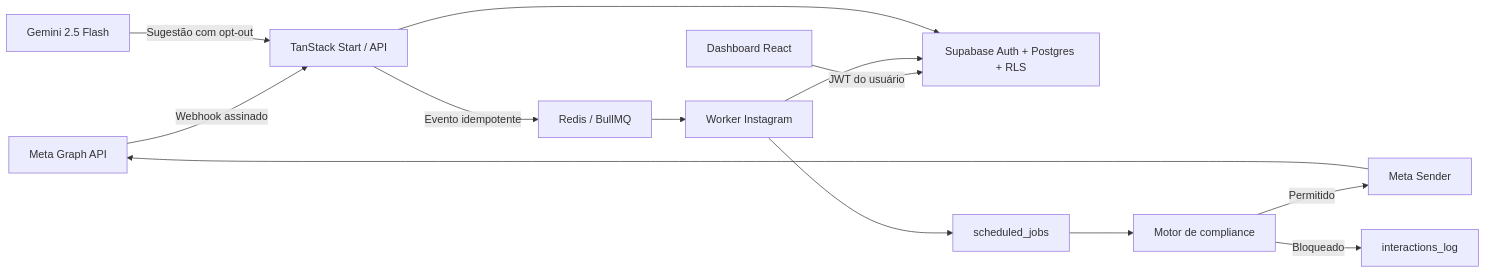
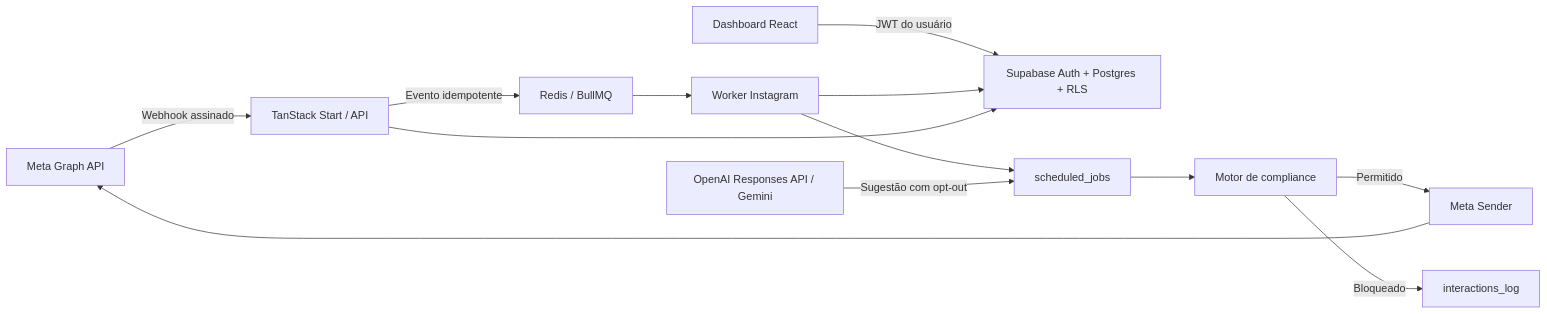
Before and after one commit to ShunWalChin/WalChat: the diagram in README.md, drawn with Mermaid. The commit also changed other lines of this file and 52 other files, not shown here.

````diff
--- a/README.md
+++ b/README.md
@@ -39,15 +40,15 @@
 ```mermaid
 flowchart LR
     Meta["Meta Graph API"] -->|"Webhook assinado"| Webhook["TanStack Start / API"]
     Browser["Dashboard React"] -->|"JWT do usuário"| Supabase["Supabase Auth + Postgres + RLS"]
     Webhook -->|"Evento idempotente"| Redis["Redis / BullMQ"]
     Redis --> Worker["Worker Instagram"]
     Worker --> Supabase
     Worker --> Scheduler["scheduled_jobs"]
     Scheduler --> Compliance["Motor de compliance"]
     Compliance -->|"Permitido"| Sender["Meta Sender"]
     Compliance -->|"Bloqueado"| Audit["interactions_log"]
     Sender --> Meta
     Webhook --> Supabase
-    AI["Gemini 2.5 Flash"] -->|"Sugestão com opt-out"| Webhook
+    AI["OpenAI Responses API / Gemini"] -->|"Sugestão com opt-out"| Scheduler
 ```
````
